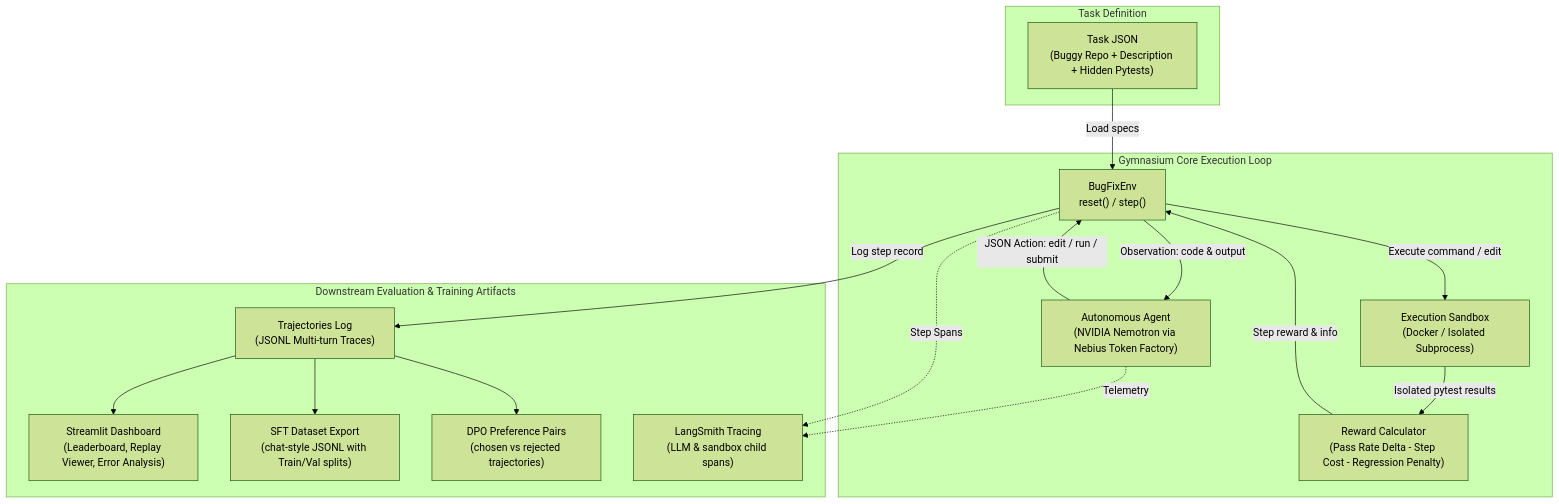
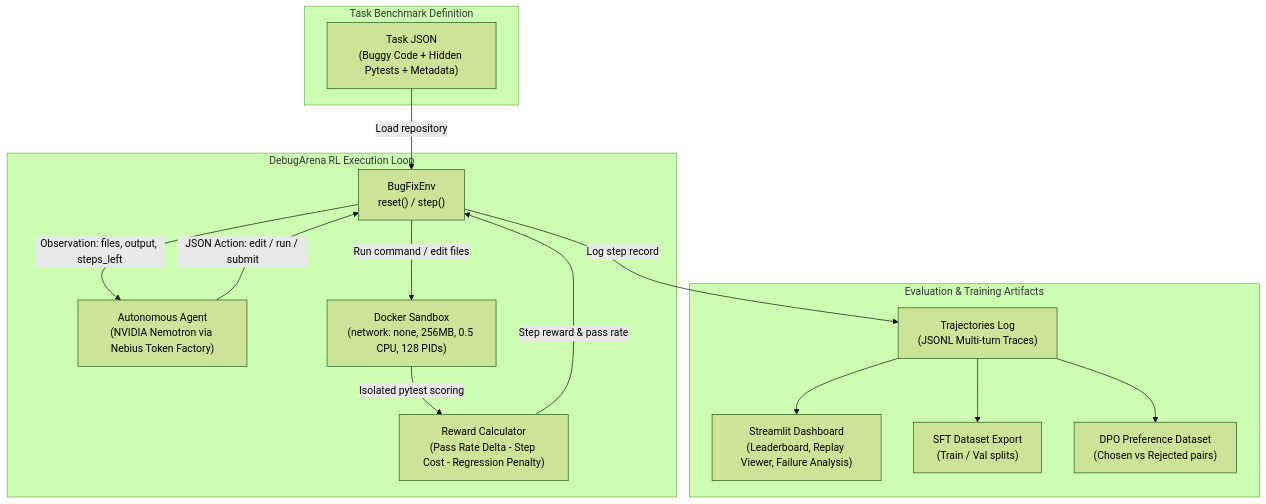
One commit to bhaskararamkarri/DebugArena changed the diagram in README.md. Above: the diagram before and after it, drawn with Mermaid (forest theme). The commit also changed other lines of this file and 15 other files, not shown here.

First line of the commit message:
chore(rebrand): update user-facing project name to DebugArena

````diff
--- a/README.md
+++ b/README.md
@@ -36,35 +23,32 @@
 ```mermaid
 flowchart TD
-    subgraph Input ["Task Definition"]
-        TaskJSON["Task JSON\n(Buggy Repo + Description + Hidden Pytests)"]
+    subgraph Input ["Task Benchmark Definition"]
+        TaskJSON["Task JSON\n(Buggy Code + Hidden Pytests + Metadata)"]
     end
 
-    subgraph CoreLoop ["Gymnasium Core Execution Loop"]
+    subgraph CoreLoop ["DebugArena RL Execution Loop"]
         Env["BugFixEnv\nreset() / step()"]
         Agent["Autonomous Agent\n(NVIDIA Nemotron via Nebius Token Factory)"]
-        Sandbox["Execution Sandbox\n(Docker / Isolated Subprocess)"]
+        Sandbox["Docker Sandbox\n(network: none, 256MB, 0.5 CPU, 128 PIDs)"]
         RewardCalc["Reward Calculator\n(Pass Rate Delta - Step Cost - Regression Penalty)"]
     end
 
-    subgraph Outputs ["Downstream Evaluation & Training Artifacts"]
+    subgraph Outputs ["Evaluation & Training Artifacts"]
         Trajectories["Trajectories Log\n(JSONL Multi-turn Traces)"]
-        Leaderboard["Streamlit Dashboard\n(Leaderboard, Replay Viewer, Error Analysis)"]
-        SFT["SFT Dataset Export\n(chat-style JSONL with Train/Val splits)"]
-        DPO["DPO Preference Pairs\n(chosen vs rejected trajectories)"]
-        Traces["LangSmith Tracing\n(LLM & sandbox child spans)"]
+        Leaderboard["Streamlit Dashboard\n(Leaderboard, Replay Viewer, Failure Analysis)"]
+        SFT["SFT Dataset Export\n(Train / Val splits)"]
+        DPO["DPO Preference Dataset\n(Chosen vs Rejected pairs)"]
     end
 
-    TaskJSON -->|Load specs| Env
-    Env -->|Observation: code & output| Agent
+    TaskJSON -->|Load repository| Env
+    Env -->|Observation: files, output, steps_left| Agent
     Agent -->|JSON Action: edit / run / submit| Env
-    Env -->|Execute command / edit| Sandbox
-    Sandbox -->|Isolated pytest results| RewardCalc
-    RewardCalc -->|Step reward & info| Env
+    Env -->|Run command / edit files| Sandbox
+    Sandbox -->|Isolated pytest scoring| RewardCalc
+    RewardCalc -->|Step reward & pass rate| Env
     Env -->|Log step record| Trajectories
 
     Trajectories --> Leaderboard
     Trajectories --> SFT
     Trajectories --> DPO
-    Agent -.->|Telemetry| Traces
-    Env -.->|Step Spans| Traces
 ```
````
